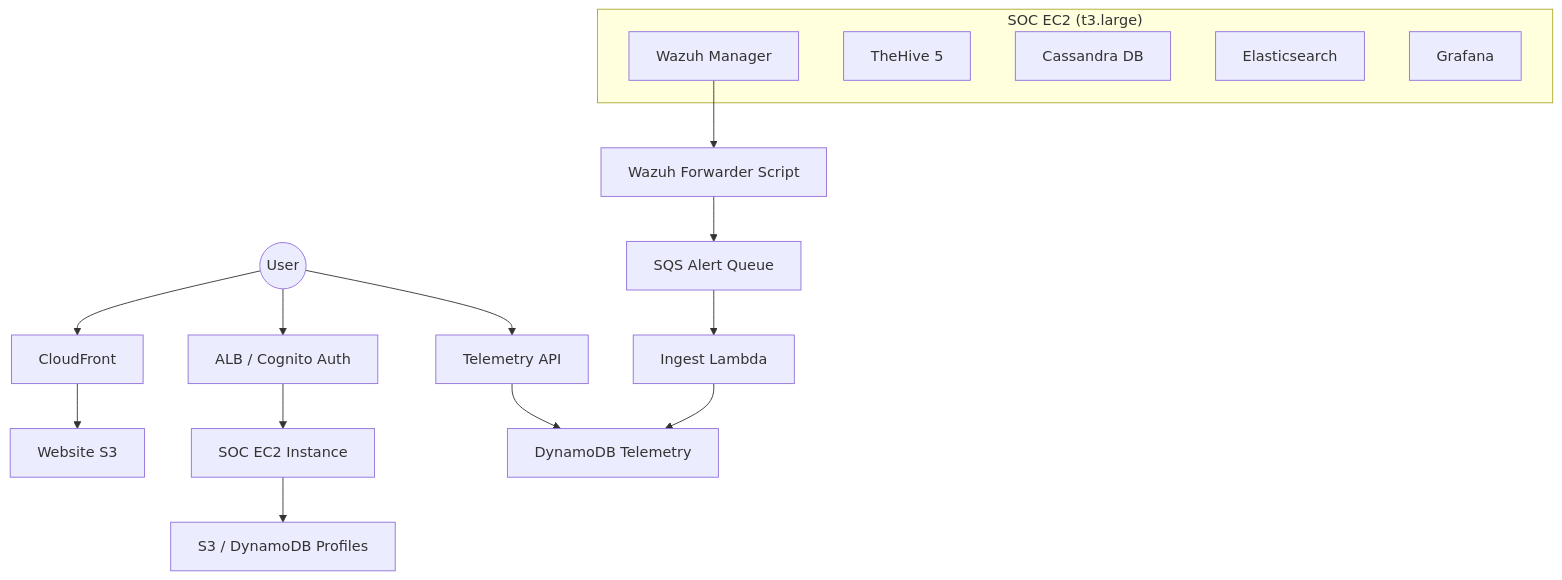
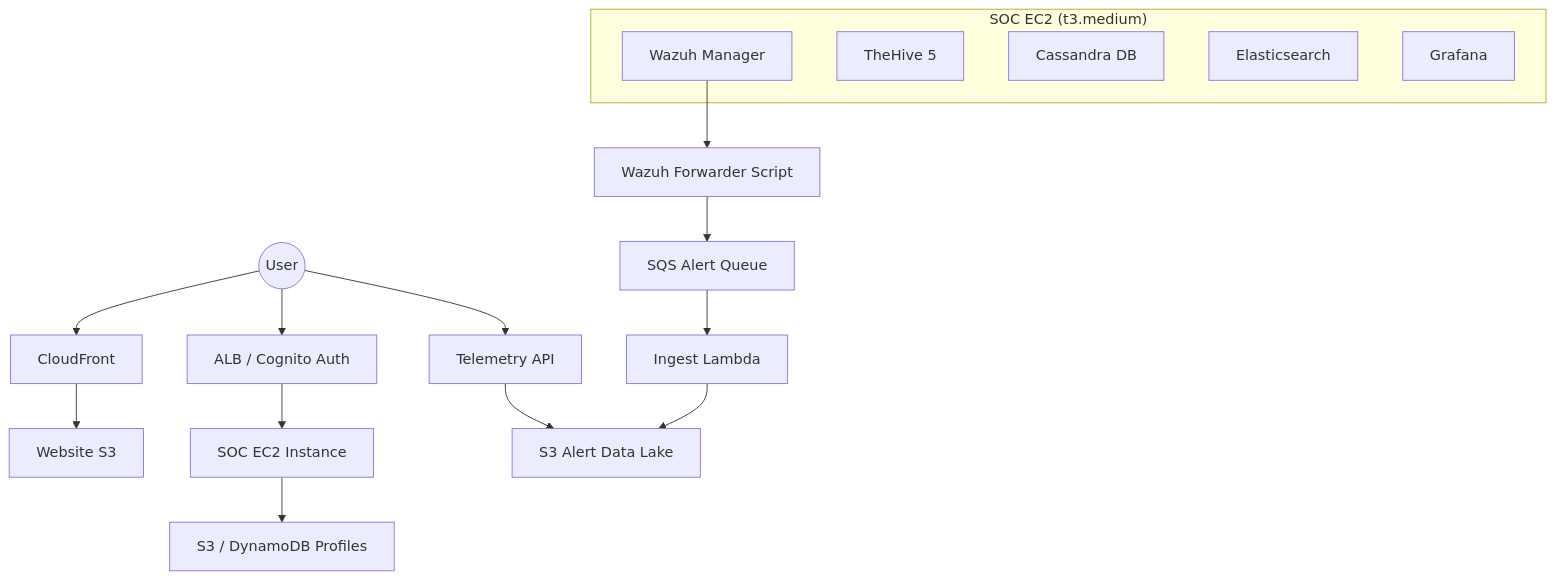
One commit to wjed/sentinel changed the diagram in docs/ARCHITECTURE_POC.md. Above: the diagram before and after it, drawn with Mermaid. The commit also changed other lines of this file and 8 other files, not shown here.

````diff
--- a/docs/ARCHITECTURE_POC.md
+++ b/docs/ARCHITECTURE_POC.md
@@ -17,26 +17,26 @@
 ```mermaid
 graph TD
     User((User)) --> CF[CloudFront]
     CF --> S3[Website S3]
     
     User --> ALB[ALB / Cognito Auth]
     ALB --> EC2[SOC EC2 Instance]
     
-    subgraph "SOC EC2 (t3.large)"
+    subgraph "SOC EC2 (t3.medium)"
         Wazuh[Wazuh Manager]
         TheHive[TheHive 5]
         Cassandra[Cassandra DB]
         ES[Elasticsearch]
         Grafana[Grafana]
     end
     
     Wazuh --> FWD[Wazuh Forwarder Script]
     FWD --> SQS[SQS Alert Queue]
     SQS --> Lambda[Ingest Lambda]
-    Lambda --> DDB[DynamoDB Telemetry]
+    Lambda --> ALRT[S3 Alert Data Lake]
     
     User --> TAPI[Telemetry API]
-    TAPI --> DDB
+    TAPI --> ALRT
     
     EC2 --> UserData[S3 / DynamoDB Profiles]
 ```
````
